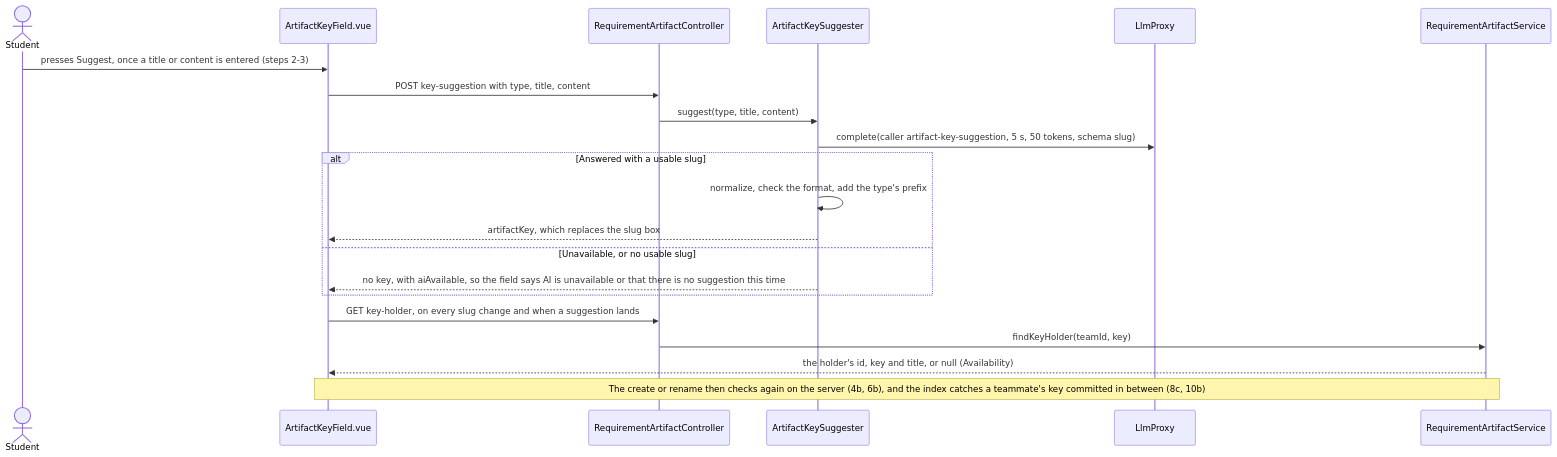
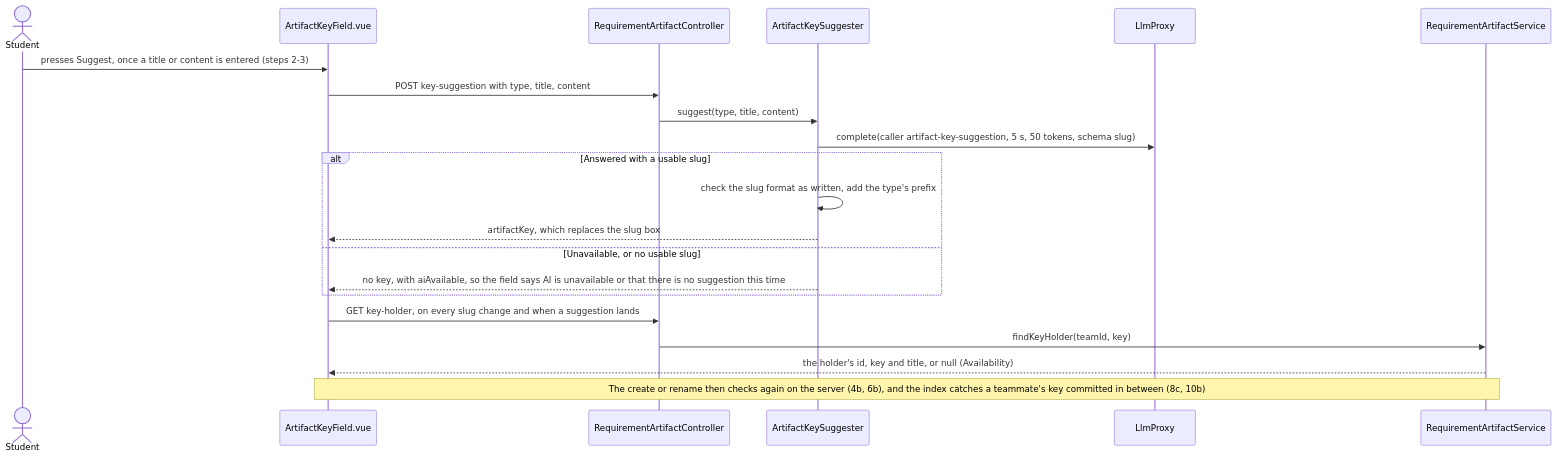
Before and after one commit to Washingtonwei/project-pulse: the second of 4 diagrams in docs/design/art.md, drawn with Mermaid. The commit also changed other lines of this file and 2 other files, not shown here.

First line of the commit message:
Use the suggested slug only as the model wrote it, never repaired

````diff
--- a/docs/design/art.md
+++ b/docs/design/art.md
@@ -139,23 +139,23 @@
 ```mermaid
 sequenceDiagram
   actor S as Student
   participant F as ArtifactKeyField.vue
   participant C as RequirementArtifactController
   participant K as ArtifactKeySuggester
   participant P as LlmProxy
   participant RS as RequirementArtifactService
   S->>F: presses Suggest, once a title or content is entered (steps 2-3)
   F->>C: POST key-suggestion with type, title, content
   C->>K: suggest(type, title, content)
   K->>P: complete(caller artifact-key-suggestion, 5 s, 50 tokens, schema slug)
   alt Answered with a usable slug
-    K->>K: normalize, check the format, add the type's prefix
+    K->>K: check the slug format as written, add the type's prefix
     K-->>F: artifactKey, which replaces the slug box
   else Unavailable, or no usable slug
     K-->>F: no key, with aiAvailable, so the field says AI is unavailable or that there is no suggestion this time
   end
   F->>C: GET key-holder, on every slug change and when a suggestion lands
   C->>RS: findKeyHolder(teamId, key)
   RS-->>F: the holder's id, key and title, or null (Availability)
   Note over F,RS: The create or rename then checks again on the server (4b, 6b), and the index catches a teammate's key committed in between (8c, 10b)
 ```
````
